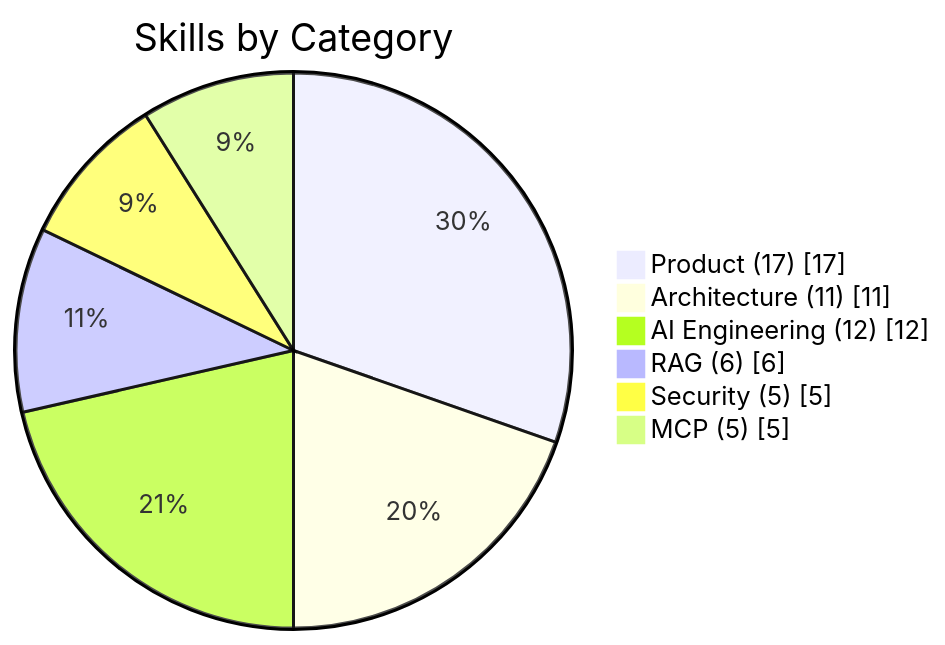
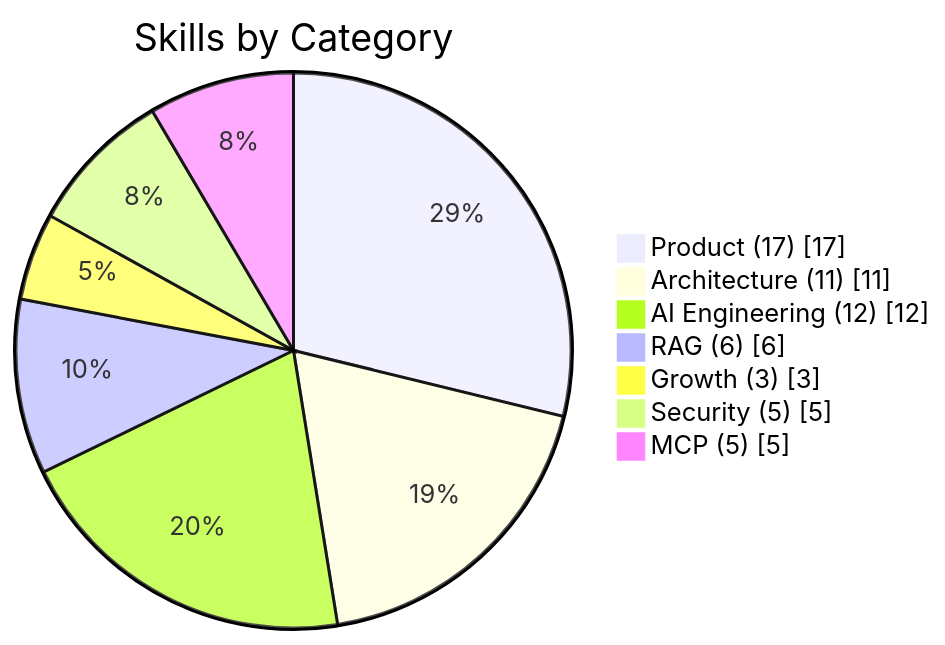
Before and after one commit to patonkikh/APES: the fourth of 6 diagrams in README.md, drawn with Mermaid. The commit also changed other lines of this file and 14 other files, not shown here.

````diff
--- a/README.md
+++ b/README.md
@@ -140,10 +140,11 @@
 ```mermaid
 pie showData
     title Skills by Category
     "Product (17)" : 17
     "Architecture (11)" : 11
     "AI Engineering (12)" : 12
     "RAG (6)" : 6
+    "Growth (3)" : 3
     "Security (5)" : 5
     "MCP (5)" : 5
 ```
````
